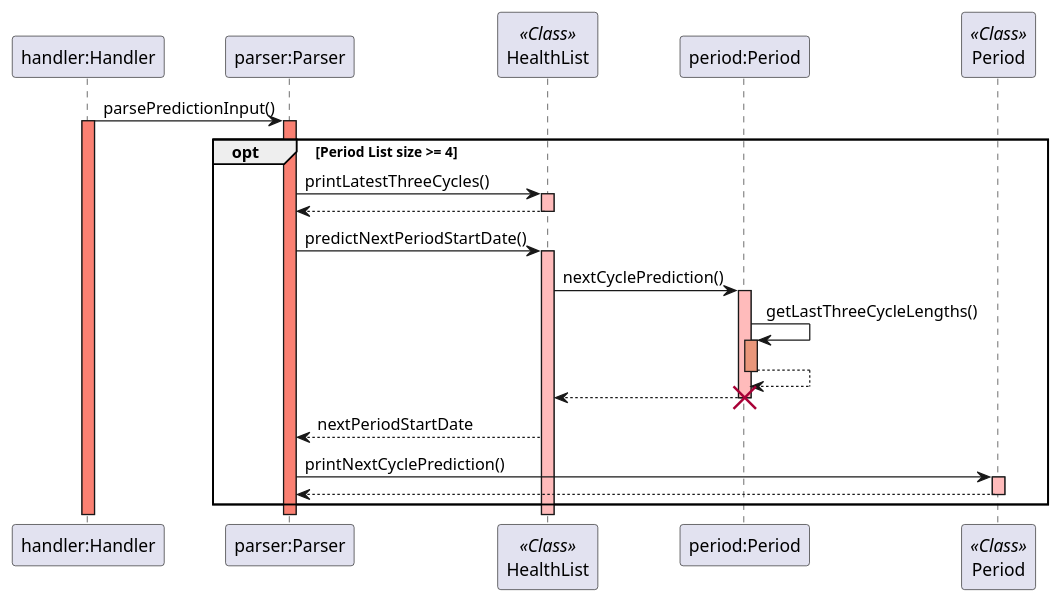
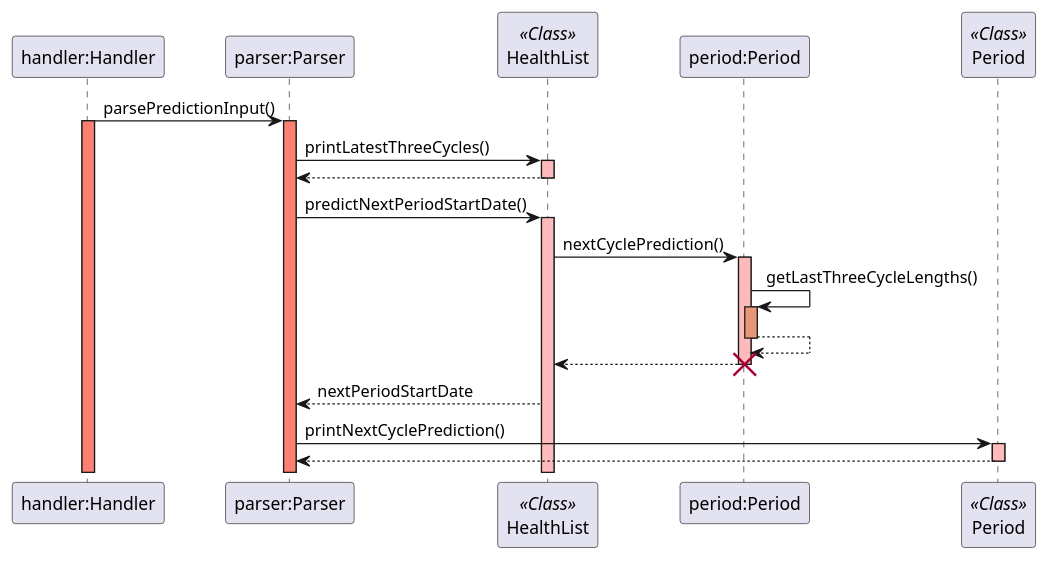
The diagram in docs/puml/sequence_diagrams/period_prediction.puml (rouvinerh/tp), drawn with PlantUML before and after one commit. The commit also changed 8 other files, not shown here.

Commit message:
edit DG diagrams and wording

```diff
--- a/docs/puml/sequence_diagrams/period_prediction.puml
+++ b/docs/puml/sequence_diagrams/period_prediction.puml
@@ -1,39 +1,36 @@
 @startuml
 
 skinparam sequenceReferenceBackgroundColor lightblue
 participant "handler:Handler" as Handler
 participant "parser:Parser" as Parser
 participant "HealthList" as HealthList <<Class>>
 participant "period:Period" as Period
 participant "Period" as Period1 <<Class>>
 
 Handler -> Parser: parsePredictionInput()
 activate Handler #salmon
 activate Parser #salmon
 
-opt Period List size >= 4
 Parser -> HealthList: printLatestThreeCycles()
 activate HealthList #FFBBBB
 HealthList --> Parser:
 deactivate HealthList #FFBBBB
 Parser -> HealthList: predictNextPeriodStartDate()
 activate HealthList #FFBBBB
 HealthList -> Period: nextCyclePrediction()
 activate Period #FFBBBB
 Period -> Period: getLastThreeCycleLengths()
 activate Period #DarkSalmon
 Period --> Period:
 deactivate Period #DarkSalmon
 Period --> HealthList:
 deactivate Period #FFBBBB
 destroy Period
 HealthList --> Parser: nextPeriodStartDate
 
 Parser -> Period1: printNextCyclePrediction()
 activate Period1 #FFBBBB
 Period1 --> Parser:
 deactivate Period1 #FFBBBB
 
-end
-
 @enduml
```
